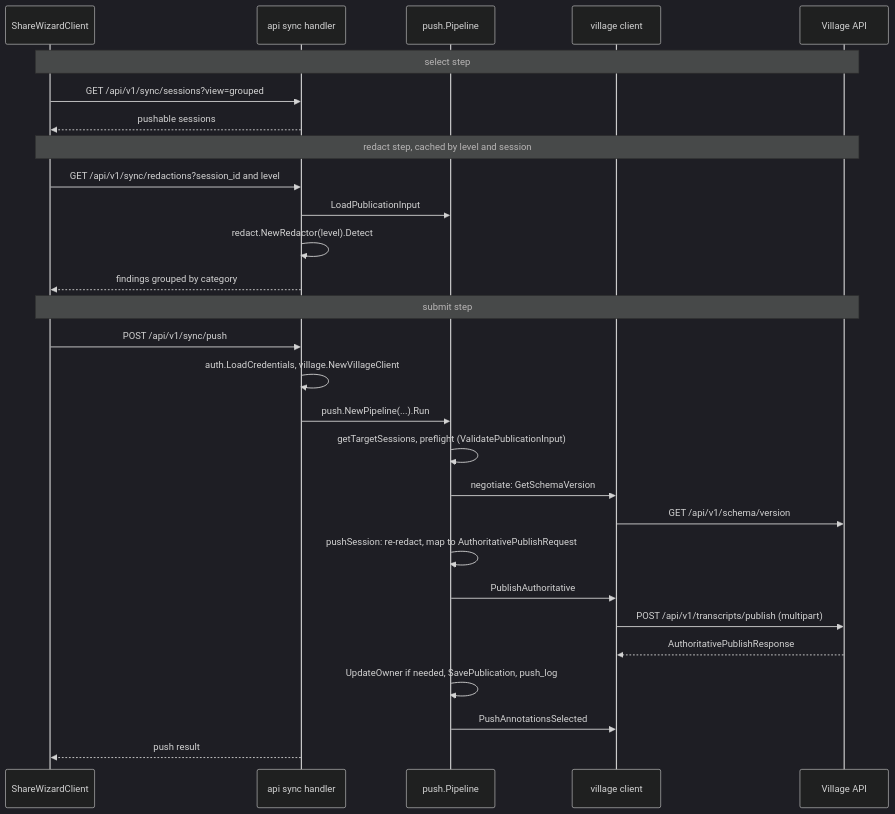
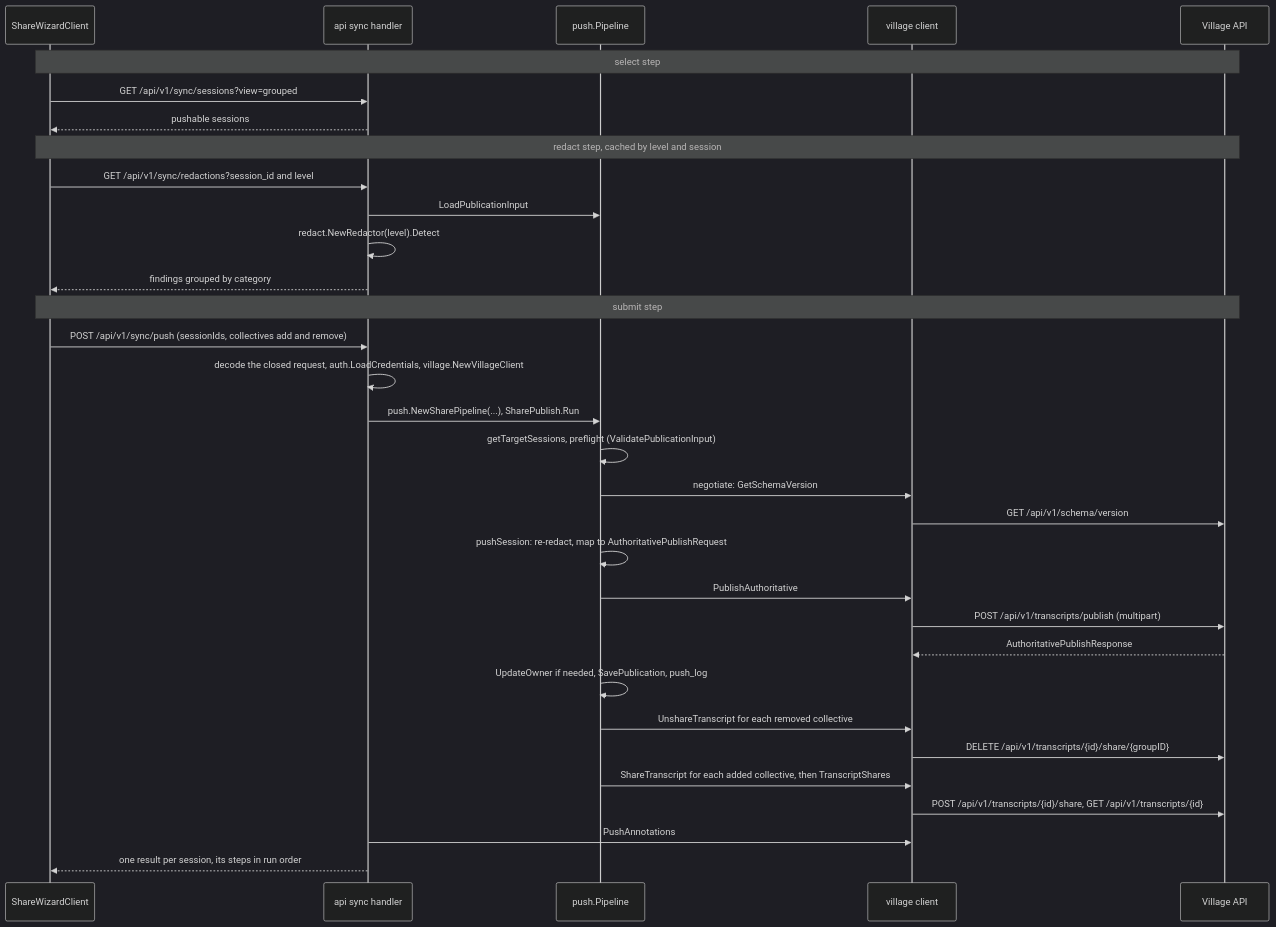
Diagram 15 of 19 in docs/architecture.md (peasant-labs/peasant), drawn with Mermaid (dark theme) before and after one commit.

Commit message:
docs: show the collective steps of a publish from the local web

````diff
--- a/docs/architecture.md
+++ b/docs/architecture.md
@@ -571,30 +571,34 @@
 ```mermaid
 sequenceDiagram
   participant wiz as ShareWizardClient
   participant sh as api sync handler
   participant push as push.Pipeline
   participant vc as village client
   participant vapi as Village API
   Note over wiz,vapi: select step
   wiz->>sh: GET /api/v1/sync/sessions?view=grouped
   sh-->>wiz: pushable sessions
   Note over wiz,vapi: redact step, cached by level and session
   wiz->>sh: GET /api/v1/sync/redactions?session_id and level
   sh->>push: LoadPublicationInput
   sh->>sh: redact.NewRedactor(level).Detect
   sh-->>wiz: findings grouped by category
   Note over wiz,vapi: submit step
-  wiz->>sh: POST /api/v1/sync/push
-  sh->>sh: auth.LoadCredentials, village.NewVillageClient
-  sh->>push: push.NewPipeline(...).Run
+  wiz->>sh: POST /api/v1/sync/push (sessionIds, collectives add and remove)
+  sh->>sh: decode the closed request, auth.LoadCredentials, village.NewVillageClient
+  sh->>push: push.NewSharePipeline(...), SharePublish.Run
   push->>push: getTargetSessions, preflight (ValidatePublicationInput)
   push->>vc: negotiate: GetSchemaVersion
   vc->>vapi: GET /api/v1/schema/version
   push->>push: pushSession: re-redact, map to AuthoritativePublishRequest
   push->>vc: PublishAuthoritative
   vc->>vapi: POST /api/v1/transcripts/publish (multipart)
   vapi-->>vc: AuthoritativePublishResponse
   push->>push: UpdateOwner if needed, SavePublication, push_log
-  push->>vc: PushAnnotationsSelected
-  sh-->>wiz: push result
+  push->>vc: UnshareTranscript for each removed collective
+  vc->>vapi: DELETE /api/v1/transcripts/{id}/share/{groupID}
+  push->>vc: ShareTranscript for each added collective, then TranscriptShares
+  vc->>vapi: POST /api/v1/transcripts/{id}/share, GET /api/v1/transcripts/{id}
+  sh->>vc: PushAnnotations
+  sh-->>wiz: one result per session, its steps in run order
 ```
````
